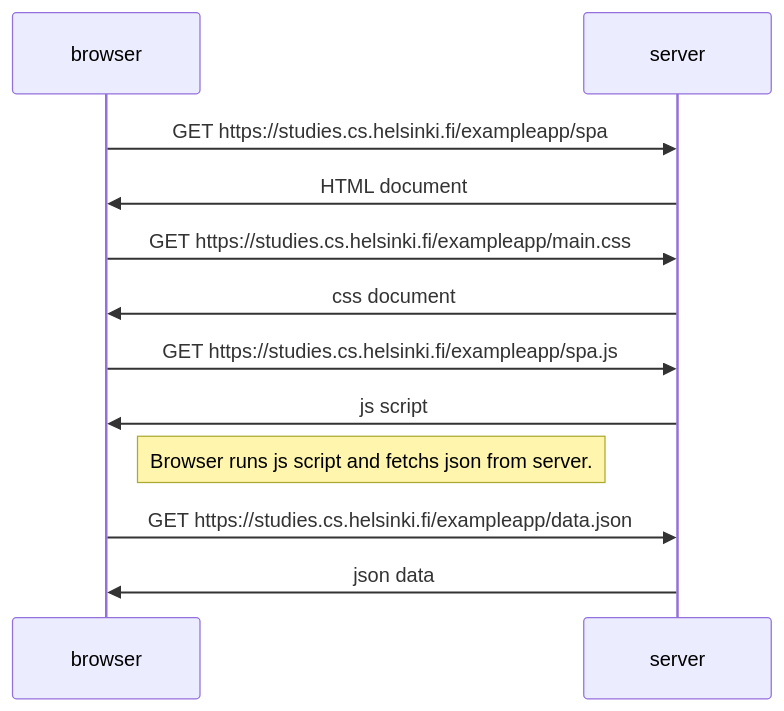
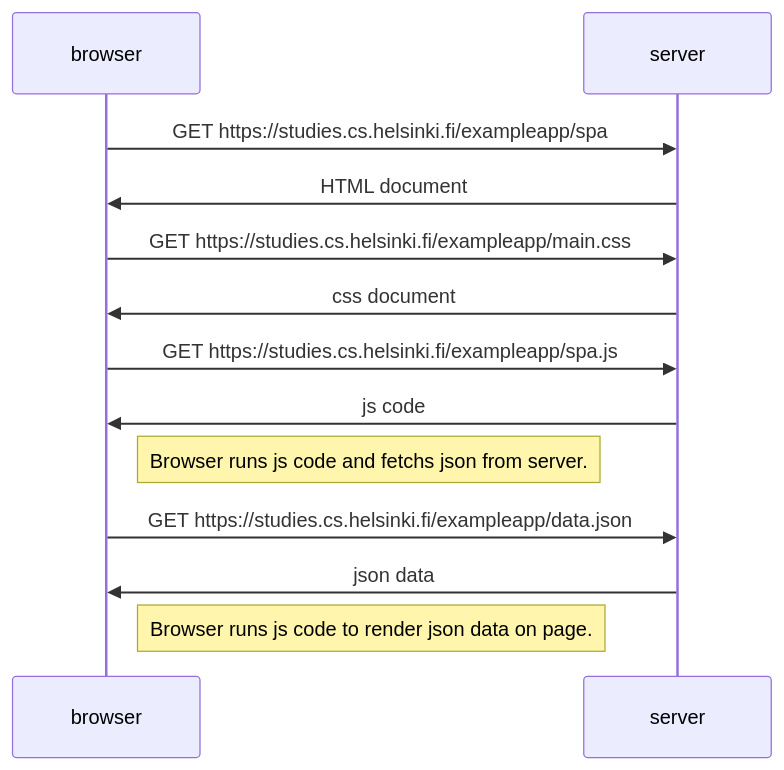
One commit to adam-herrala-bricker/fullstack changed the diagram in part_0/ex_5.md. Above: the diagram before and after it, drawn with Mermaid. The commit also changed 1 other file, not shown here.

Commit message:
more notes

````diff
--- a/part_0/ex_5.md
+++ b/part_0/ex_5.md
@@ -1,12 +1,13 @@
 ```mermaid
 sequenceDiagram
     browser->>server: GET https://studies.cs.helsinki.fi/exampleapp/spa
     server->>browser: HTML document
     browser->>server: GET https://studies.cs.helsinki.fi/exampleapp/main.css
     server->>browser: css document
     browser->>server: GET https://studies.cs.helsinki.fi/exampleapp/spa.js
-    server->>browser: js script
-    Note right of browser: Browser runs js script and fetchs json from server.
+    server->>browser: js code
+    Note right of browser: Browser runs js code and fetchs json from server.
     browser->>server: GET https://studies.cs.helsinki.fi/exampleapp/data.json
     server->>browser: json data
+    Note right of browser: Browser runs js code to render json data on page.
 ```
````
